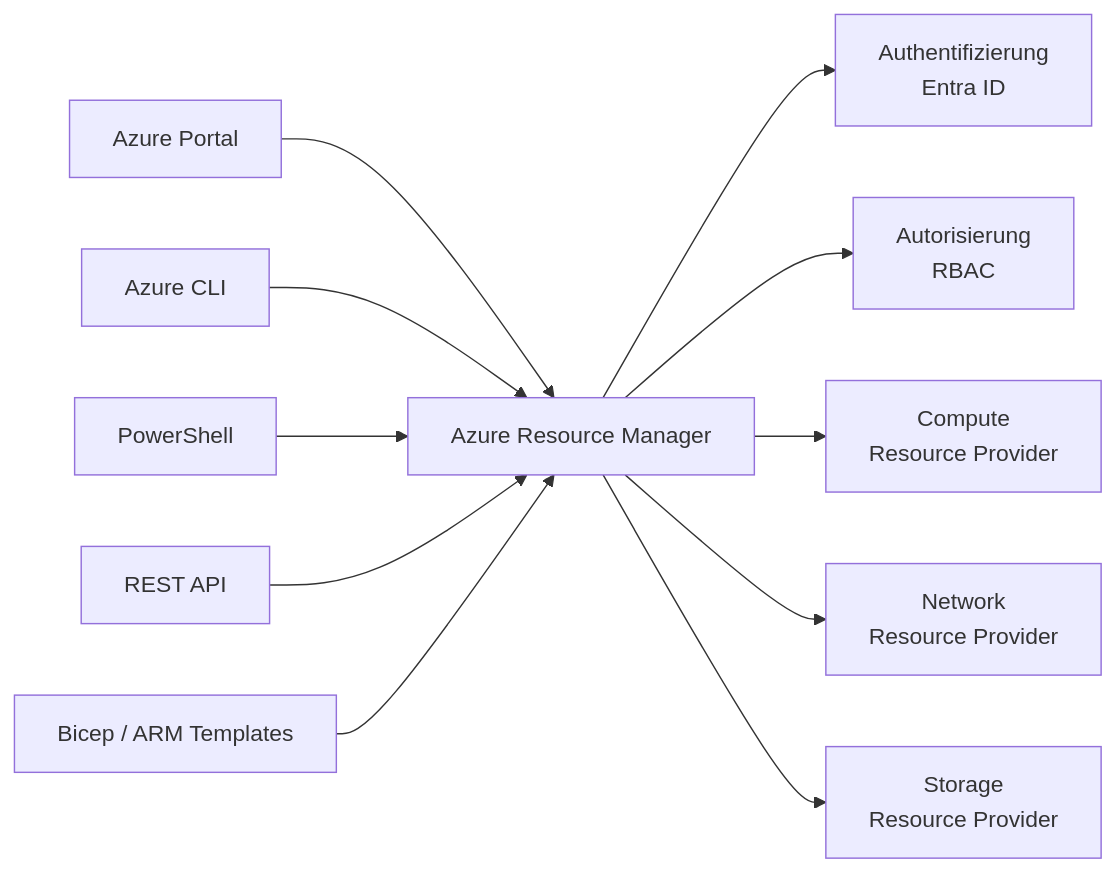
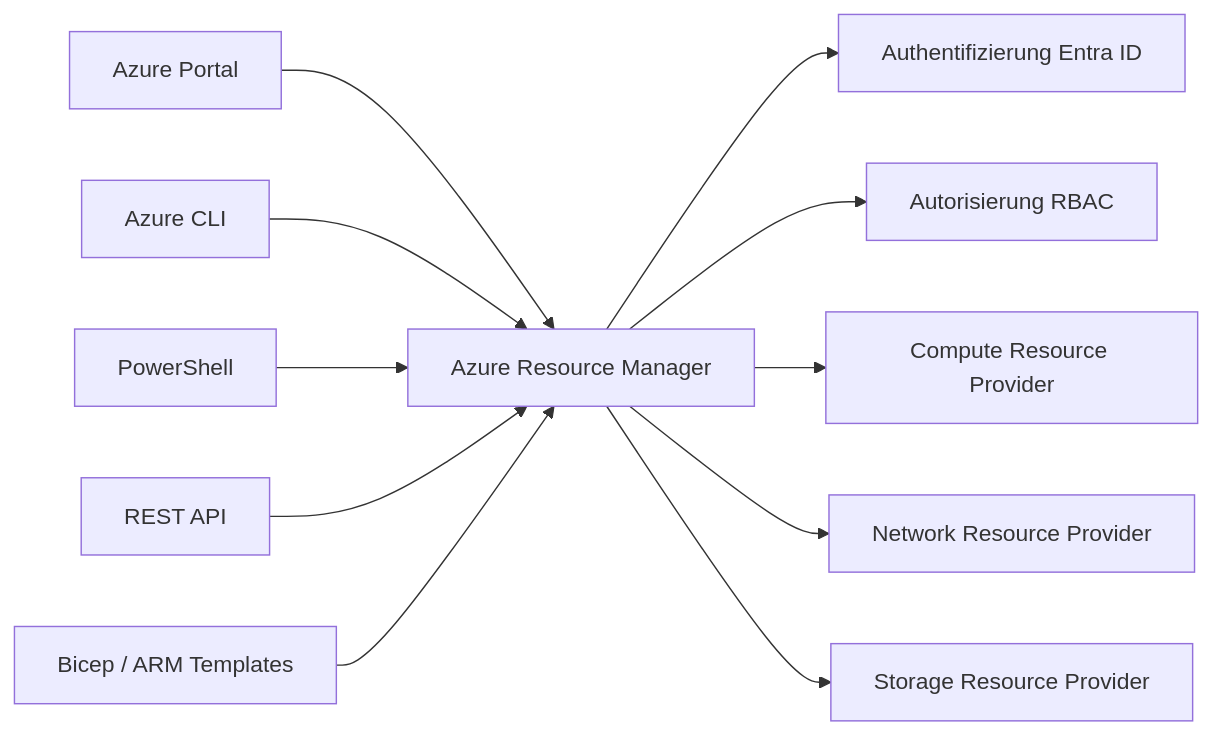
One commit to SoniiiT/notes-n-docs changed the second of 3 diagrams in Microsoft 365/Azure/Grundlagen/Azure Überblick.md. Above: the diagram before and after it, drawn with Mermaid. The commit also changed other lines of this file and 124 other files, not shown here.

First line of the commit message:
fix: Entferne \n aus allen Mermaid-Diagrammen (125 Dateien)

````diff
--- a/Microsoft 365/Azure/Grundlagen/Azure Überblick.md
+++ b/Microsoft 365/Azure/Grundlagen/Azure Überblick.md
@@ -184,13 +184,13 @@
 ```mermaid
 graph LR
     Portal[Azure Portal] --> ARM[Azure Resource Manager]
     CLI[Azure CLI] --> ARM
     PS[PowerShell] --> ARM
     API[REST API] --> ARM
     Bicep[Bicep / ARM Templates] --> ARM
-    ARM --> AuthN[Authentifizierung\nEntra ID]
-    ARM --> AuthZ[Autorisierung\nRBAC]
-    ARM --> RP1[Compute\nResource Provider]
-    ARM --> RP2[Network\nResource Provider]
-    ARM --> RP3[Storage\nResource Provider]
+    ARM --> AuthN[Authentifizierung Entra ID]
+    ARM --> AuthZ[Autorisierung RBAC]
+    ARM --> RP1[Compute Resource Provider]
+    ARM --> RP2[Network Resource Provider]
+    ARM --> RP3[Storage Resource Provider]
 ```
````
